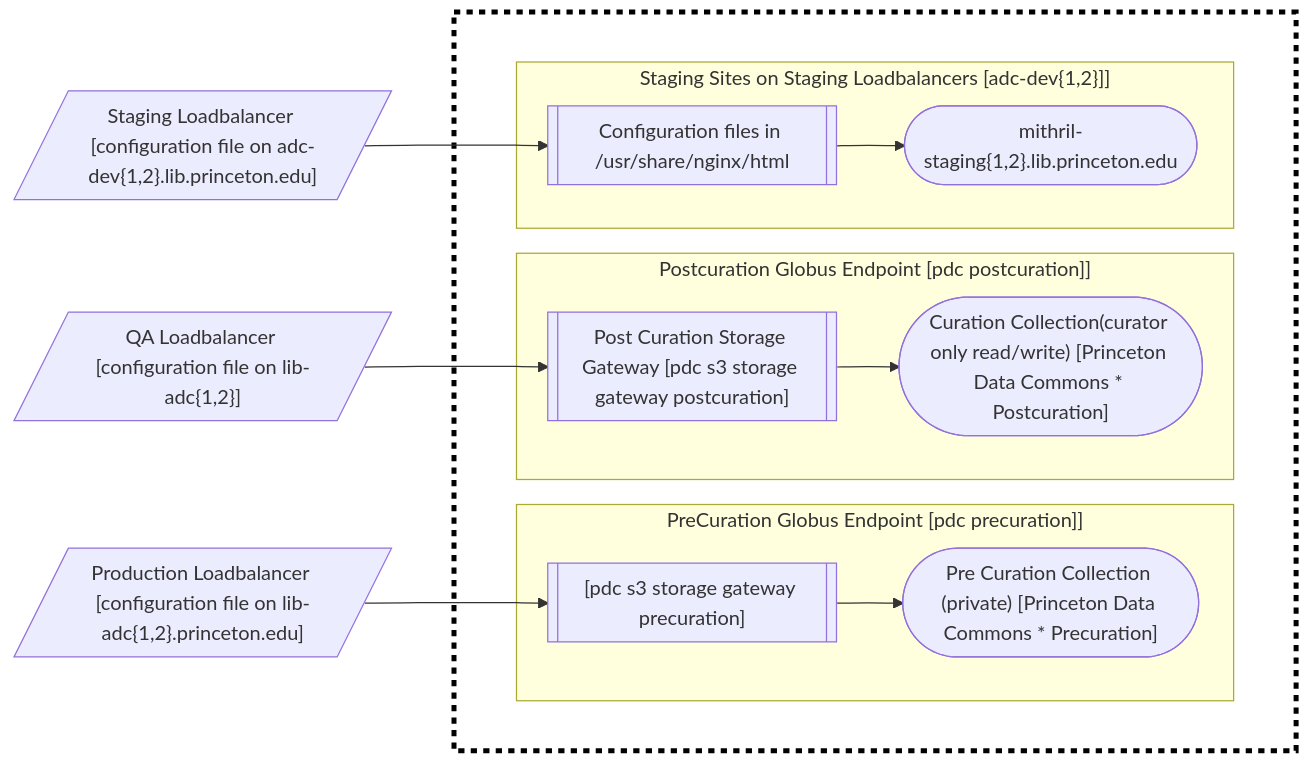
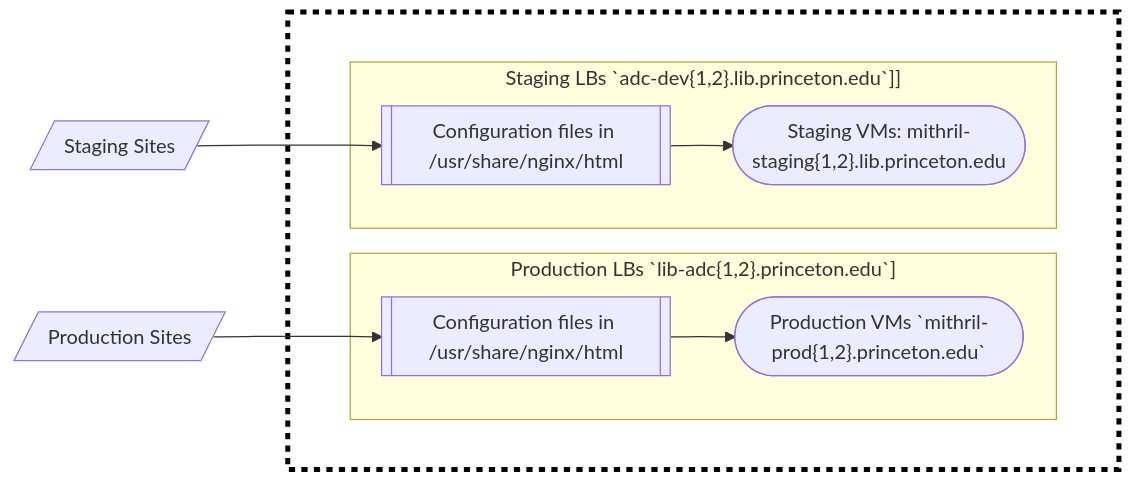
One commit to pulibrary/pul-it-handbook changed the diagram in services/private_network.md. Above: the diagram before and after it, drawn with Mermaid. The commit also changed other lines of this file, not shown here.

Commit message:
we only have two envs, tidy up

````diff
--- a/services/private_network.md
+++ b/services/private_network.md
@@ -96,30 +96,24 @@
 ```mermaid
   graph LR;
-      S31[/"Production Loadbalancer [configuration file on lib-adc{1,2}.princeton.edu]"/]-->SG1
-      S32[/"QA Loadbalancer [configuration file on lib-adc{1,2}]"/]-->SG2
-      S33[/"Staging Loadbalancer [configuration file on adc-dev{1,2}.lib.princeton.edu]"/]-->SG3
+      S31[/"Production Sites"/]-->SG1
+      S33[/"Staging Sites"/]-->SG3
       subgraph project [" "]
       subgraph project_space [" "]
       style project fill:#fff,stroke:#000,stroke-width:4px,color:#000,stroke-dasharray: 5 5
       style project_space fill:#fff,stroke:#000,stroke-width:0px
 
-            subgraph "PreCuration Globus Endpoint [pdc precuration]]"
-               SG1[[" [pdc s3 storage gateway precuration]"]]-->B(["Pre Curation Collection (private) [Princeton Data Commons * Precuration]"])
+            subgraph "Production LBs `lib-adc{1,2}.princeton.edu`]"
+               SG1[["Configuration files in /usr/share/nginx/html"]]-->B(["Production VMs `mithril-prod{1,2}.princeton.edu`"])
             end
 
-            subgraph "Postcuration Globus Endpoint [pdc postcuration]]"
-               SG2[["Post Curation Storage Gateway [pdc s3 storage gateway postcuration]"]]-->D(["Curation Collection(curator only read/write) [Princeton Data Commons * Postcuration]"]);
+            subgraph "Staging LBs `adc-dev{1,2}.lib.princeton.edu`]]"
+               SG3[["Configuration files in /usr/share/nginx/html"]]-->DE(["Staging VMs: mithril-staging{1,2}.lib.princeton.edu"]);
             end
- 
-            subgraph "Staging Sites on Staging Loadbalancers [adc-dev{1,2}]]"
-               SG3[["Configuration files in /usr/share/nginx/html"]]-->DE(["mithril-staging{1,2}.lib.princeton.edu"]);
-            end
-         
          
       end
    end
 
    classDef ecclass fill:#00f,stroke:#00f,stroke-width:0px,color:#fff;
    class EC2,EC2a,EC2b,ec2_sp,ec2a_sp,ec2b_sp ecclass;
 
 ```
````
